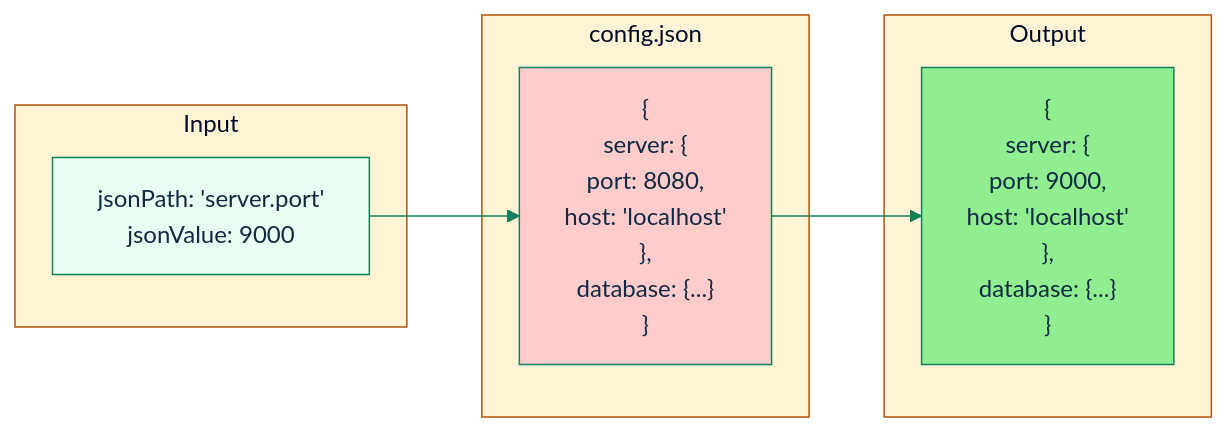
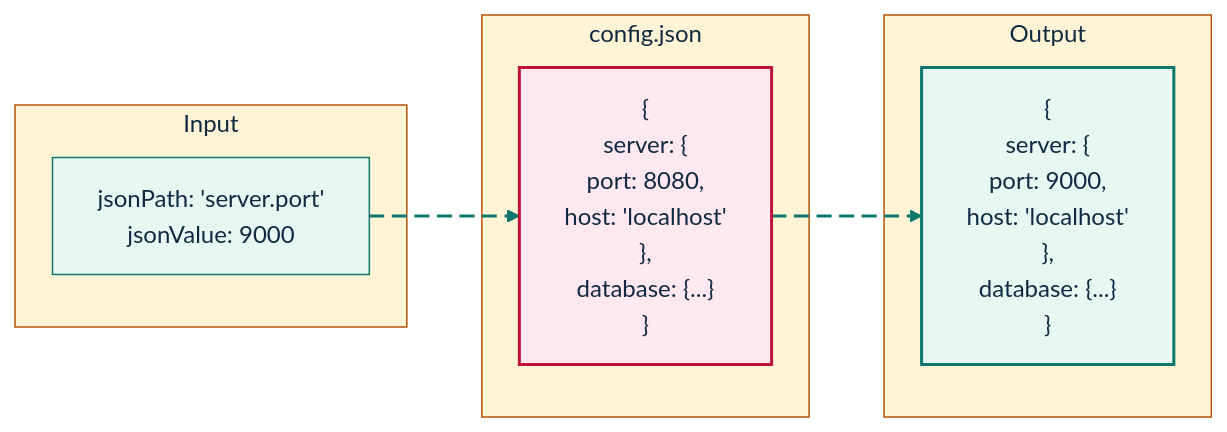
The fifth of 8 diagrams in docs/file-write-tool.md (GlitterKill/sdl-mcp), drawn with Mermaid before and after one commit. The commit also changed other lines of this file and 33 other files, not shown here.

First line of the commit message:
docs: update mermaid diagram themes and styling across documentation

````diff
--- a/docs/file-write-tool.md
+++ b/docs/file-write-tool.md
@@ -259,20 +298,30 @@
 ```mermaid
-%%{init: {"theme":"base","themeVariables":{"primaryColor":"#e8fff1","primaryBorderColor":"#157f5b","primaryTextColor":"#102a43","secondaryColor":"#eef6ff","secondaryBorderColor":"#2563eb","tertiaryColor":"#fff4d6","tertiaryBorderColor":"#b45309","lineColor":"#157f5b","fontFamily":"Trebuchet MS, Arial"},"flowchart":{"curve":"basis"}}}%%
+%%{init: {"theme":"base","themeVariables":{"background":"#ffffff","primaryColor":"#E7F8F2","primaryBorderColor":"#0F766E","primaryTextColor":"#102A43","secondaryColor":"#E8F1FF","secondaryBorderColor":"#2563EB","secondaryTextColor":"#102A43","tertiaryColor":"#FFF4D6","tertiaryBorderColor":"#B45309","tertiaryTextColor":"#102A43","lineColor":"#0F766E","textColor":"#102A43","fontFamily":"Inter, ui-sans-serif, system-ui, -apple-system, BlinkMacSystemFont, Segoe UI, sans-serif"},"flowchart":{"curve":"basis","htmlLabels":true}}}%%
 flowchart LR
     subgraph Input
         A["jsonPath: 'server.port'\njsonValue: 9000"]
     end
 
     subgraph "config.json"
         B["{\n  server: {\n    port: 8080,\n    host: 'localhost'\n  },\n  database: {...}\n}"]
     end
 
     subgraph Output
         C["{\n  server: {\n    port: 9000,\n    host: 'localhost'\n  },\n  database: {...}\n}"]
     end
 
-    A --> B --> C
+    A e1@--> B
+    B e2@--> C
 
-    style B fill:#ffcccc
-    style C fill:#90EE90
+    style B fill:#FFE8EF,stroke:#BE123C,stroke-width:2px,color:#102A43
+    style C fill:#E7F8F2,stroke:#0F766E,stroke-width:2px,color:#102A43
+
+    classDef source fill:#E7F8F2,stroke:#0F766E,stroke-width:2px,color:#102A43;
+    classDef process fill:#E8F1FF,stroke:#2563EB,stroke-width:2px,color:#102A43;
+    classDef decision fill:#FFF4D6,stroke:#B45309,stroke-width:2px,color:#102A43;
+    classDef storage fill:#F2E8FF,stroke:#7C3AED,stroke-width:2px,color:#102A43;
+    classDef output fill:#FFE8EF,stroke:#BE123C,stroke-width:2px,color:#102A43;
+    classDef muted fill:#F8FAFC,stroke:#64748B,stroke-width:1px,color:#102A43;
+    classDef animate stroke:#0F766E,stroke-width:2px,stroke-dasharray:10\,5,stroke-dashoffset:900,animation:dash 22s linear infinite;
+    class e1,e2 animate;
 ```
````
